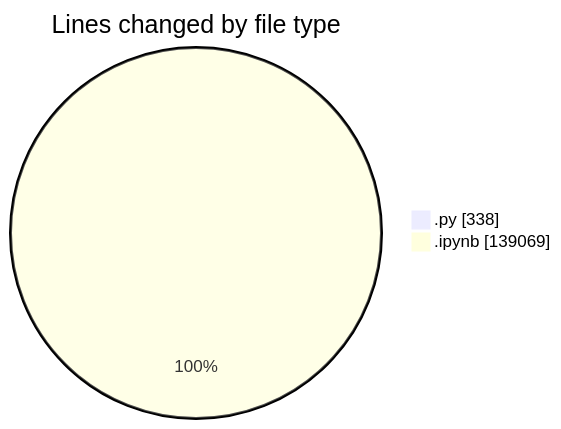
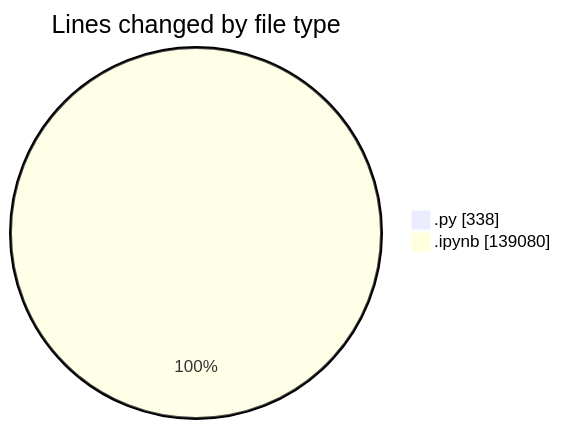
Before and after one commit to MatusMokan/code-tracking: the first of 2 diagrams in 2025-10-07/untitled__workspace_/README.md, drawn with Mermaid. The commit also changed other lines of this file and 1 other file, not shown here.

````diff
--- a/2025-10-07/untitled__workspace_/README.md
+++ b/2025-10-07/untitled__workspace_/README.md
@@ -22,6 +22,6 @@
 ```mermaid
 pie showData
 title Lines changed by file type
 ".py" : 338
-".ipynb" : 139069
+".ipynb" : 139080
 ```
````
